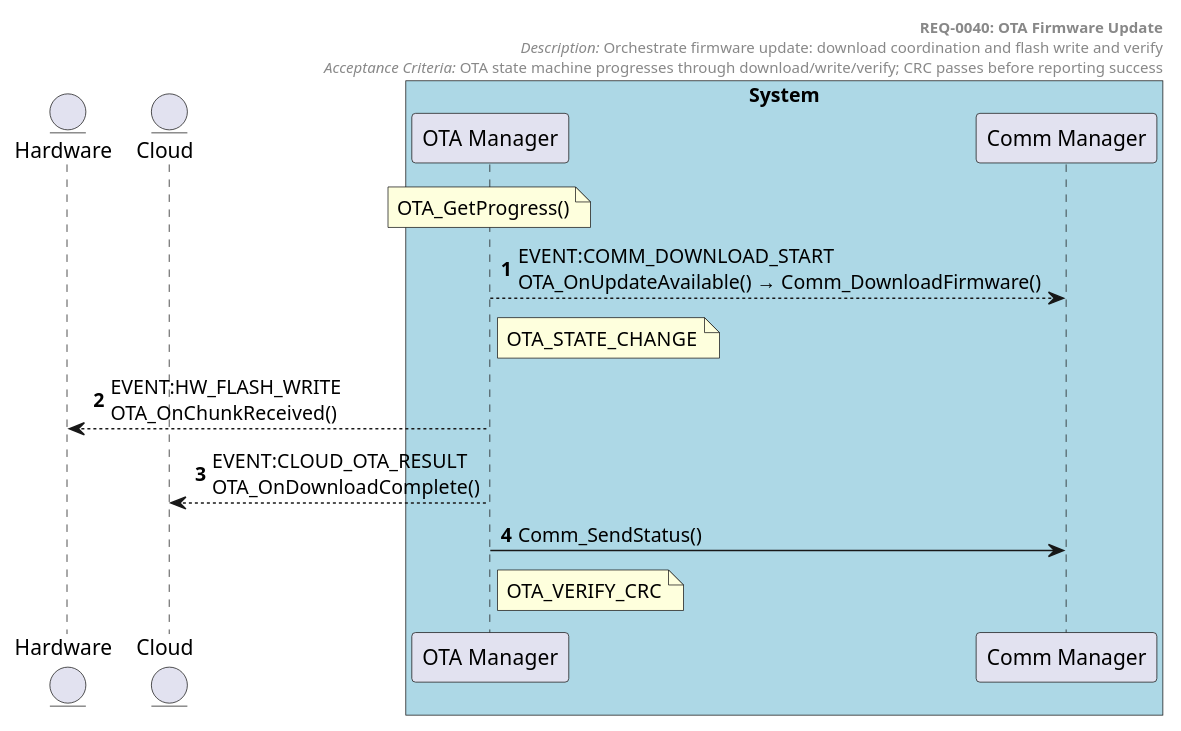
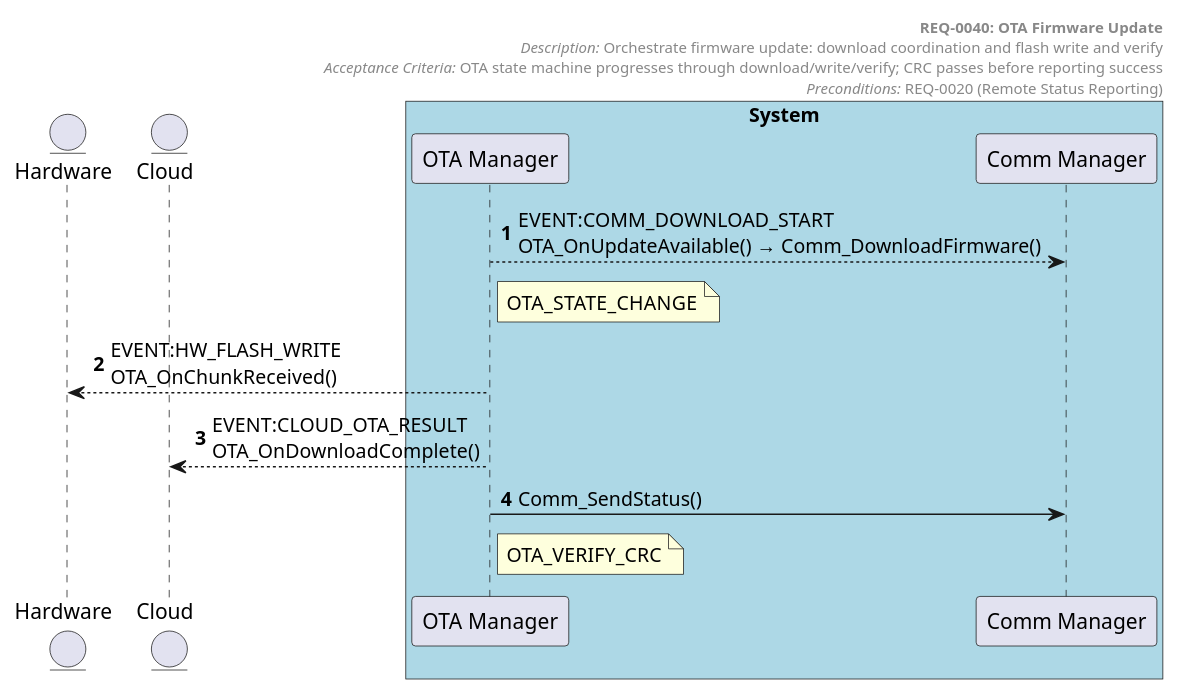
One commit to tvanfossen/doxygen-guard-example changed the diagram in docs/generated/sequences/REQ-0040.puml. Above: the diagram before and after it, drawn with PlantUML. The commit also changed 9 other files, not shown here.

First line of the commit message:
Add @supports and @assumes tags, regenerate diagrams

```diff
--- a/docs/generated/sequences/REQ-0040.puml
+++ b/docs/generated/sequences/REQ-0040.puml
@@ -1,27 +1,27 @@
 @startuml REQ-0040 OTA Firmware Update
 autonumber
 
 entity "Hardware" as Hardware
 entity "Cloud" as Cloud
 
 box "System" #LightBlue
   participant "OTA Manager" as OTA_Manager
   participant "Comm Manager" as Comm_Manager
 end box
 
 header
   **REQ-0040: OTA Firmware Update**
   //Description:// Orchestrate firmware update: download coordination and flash write and verify
   //Acceptance Criteria:// OTA state machine progresses through download/write/verify; CRC passes before reporting success
+  //Preconditions:// REQ-0020 (Remote Status Reporting)
 end header
 
-note over OTA_Manager: OTA_GetProgress()
 
 OTA_Manager --> Comm_Manager: EVENT:COMM_DOWNLOAD_START\nOTA_OnUpdateAvailable() → Comm_DownloadFirmware()
 note right of OTA_Manager: OTA_STATE_CHANGE
 OTA_Manager --> Hardware: EVENT:HW_FLASH_WRITE\nOTA_OnChunkReceived()
 OTA_Manager --> Cloud: EVENT:CLOUD_OTA_RESULT\nOTA_OnDownloadComplete()
 OTA_Manager -> Comm_Manager: Comm_SendStatus()
 note right of OTA_Manager: OTA_VERIFY_CRC
 
 @enduml
```
